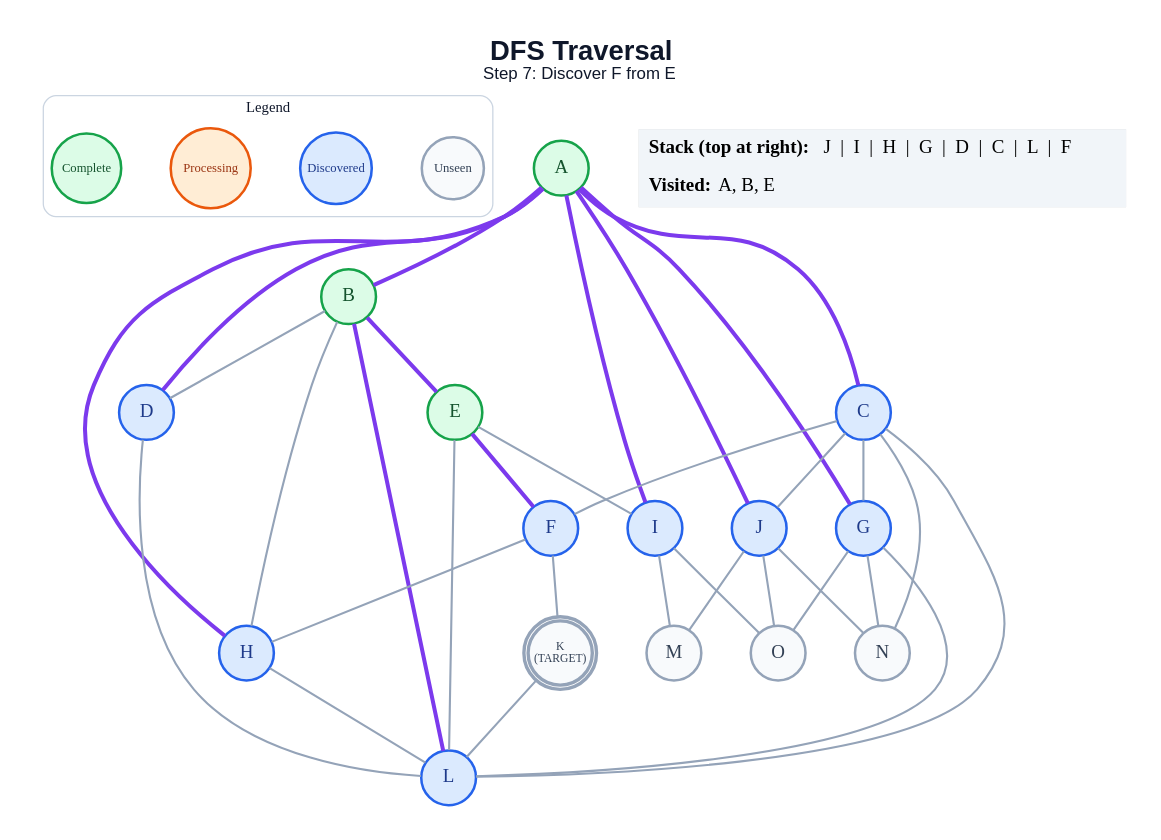
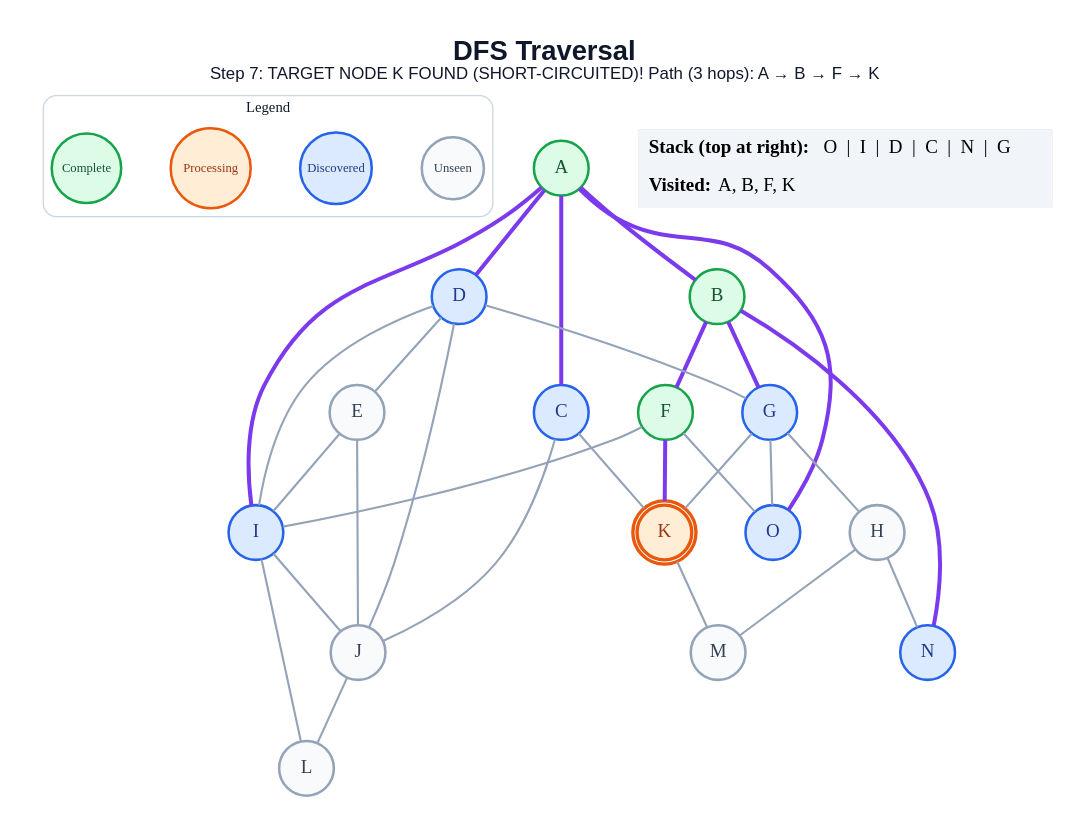
Before and after one commit to anon7238593-create/ai-slop: the diagram in generated/short-circuit/dfs/step_07.dot, drawn with Graphviz. The commit also changed 257 other files, not shown here.

```diff
--- a/generated/short-circuit/dfs/step_07.dot
+++ b/generated/short-circuit/dfs/step_07.dot
@@ -1,66 +1,62 @@
 graph traversal {
   graph [layout=dot, rankdir=TB, bgcolor="#FFFFFF", pad="0.35", nodesep="0.65", ranksep="0.8", fontname="Arial"];
   node [shape=circle, style="filled", fontname="Arial Bold", fontsize=18, width=0.72, fixedsize=true, penwidth=2.4];
   edge [color="#94A3B8", penwidth=2.0];
-  label=<<B>DFS Traversal</B><BR/><FONT POINT-SIZE="16">Step 7: Discover F from E</FONT>>; labelloc="t"; fontsize=26; fontname="Arial"; fontcolor="#0F172A";
+  label=<<B>DFS Traversal</B><BR/><FONT POINT-SIZE="16">Step 7: TARGET NODE K FOUND (SHORT-CIRCUITED)! Path (3 hops): A → B → F → K</FONT>>; labelloc="t"; fontsize=26; fontname="Arial"; fontcolor="#0F172A";
   subgraph cluster_legend { label="Legend"; color="#CBD5E1"; penwidth=1.2; style="rounded"; fontsize=14; fontname="Arial Bold";
     key_unseen [label="Unseen", fillcolor="#F8FAFC", color="#94A3B8", fontcolor="#334155", fontsize=12, width=0.82];
     key_frontier [label="Discovered", fillcolor="#DBEAFE", color="#2563EB", fontcolor="#1E3A8A", fontsize=12, width=0.95];
     key_current [label="Processing", fillcolor="#FFEDD5", color="#EA580C", fontcolor="#9A3412", fontsize=12, width=1.05];
     key_done [label="Complete", fillcolor="#DCFCE7", color="#16A34A", fontcolor="#14532D", fontsize=12, width=0.92];
     { rank=same; key_unseen; key_frontier; key_current; key_done; }
   }
   A [label="A", fillcolor="#DCFCE7", color="#16A34A", fontcolor="#14532D", peripheries=1, penwidth=2.4];
   B [label="B", fillcolor="#DCFCE7", color="#16A34A", fontcolor="#14532D", peripheries=1, penwidth=2.4];
   C [label="C", fillcolor="#DBEAFE", color="#2563EB", fontcolor="#1E3A8A", peripheries=1, penwidth=2.4];
   D [label="D", fillcolor="#DBEAFE", color="#2563EB", fontcolor="#1E3A8A", peripheries=1, penwidth=2.4];
-  E [label="E", fillcolor="#DCFCE7", color="#16A34A", fontcolor="#14532D", peripheries=1, penwidth=2.4];
-  F [label="F", fillcolor="#DBEAFE", color="#2563EB", fontcolor="#1E3A8A", peripheries=1, penwidth=2.4];
+  E [label="E", fillcolor="#F8FAFC", color="#94A3B8", fontcolor="#334155", peripheries=1, penwidth=2.4];
+  F [label="F", fillcolor="#DCFCE7", color="#16A34A", fontcolor="#14532D", peripheries=1, penwidth=2.4];
   G [label="G", fillcolor="#DBEAFE", color="#2563EB", fontcolor="#1E3A8A", peripheries=1, penwidth=2.4];
-  H [label="H", fillcolor="#DBEAFE", color="#2563EB", fontcolor="#1E3A8A", peripheries=1, penwidth=2.4];
+  H [label="H", fillcolor="#F8FAFC", color="#94A3B8", fontcolor="#334155", peripheries=1, penwidth=2.4];
   I [label="I", fillcolor="#DBEAFE", color="#2563EB", fontcolor="#1E3A8A", peripheries=1, penwidth=2.4];
-  J [label="J", fillcolor="#DBEAFE", color="#2563EB", fontcolor="#1E3A8A", peripheries=1, penwidth=2.4];
-  K [label="K\n(TARGET)", fillcolor="#F8FAFC", color="#94A3B8", fontcolor="#334155", peripheries=2, penwidth=3.2, fontsize=11, width=0.85, height=0.85];
-  L [label="L", fillcolor="#DBEAFE", color="#2563EB", fontcolor="#1E3A8A", peripheries=1, penwidth=2.4];
+  J [label="J", fillcolor="#F8FAFC", color="#94A3B8", fontcolor="#334155", peripheries=1, penwidth=2.4];
+  K [label="K", fillcolor="#FFEDD5", color="#EA580C", fontcolor="#9A3412", peripheries=2, penwidth=3.2];
+  L [label="L", fillcolor="#F8FAFC", color="#94A3B8", fontcolor="#334155", peripheries=1, penwidth=2.4];
   M [label="M", fillcolor="#F8FAFC", color="#94A3B8", fontcolor="#334155", peripheries=1, penwidth=2.4];
-  N [label="N", fillcolor="#F8FAFC", color="#94A3B8", fontcolor="#334155", peripheries=1, penwidth=2.4];
-  O [label="O", fillcolor="#F8FAFC", color="#94A3B8", fontcolor="#334155", peripheries=1, penwidth=2.4];
+  N [label="N", fillcolor="#DBEAFE", color="#2563EB", fontcolor="#1E3A8A", peripheries=1, penwidth=2.4];
+  O [label="O", fillcolor="#DBEAFE", color="#2563EB", fontcolor="#1E3A8A", peripheries=1, penwidth=2.4];
   A -- B [color="#7C3AED", penwidth=3.8];
   A -- C [color="#7C3AED", penwidth=3.8];
   A -- D [color="#7C3AED", penwidth=3.8];
-  A -- G [color="#7C3AED", penwidth=3.8];
-  A -- H [color="#7C3AED", penwidth=3.8];
   A -- I [color="#7C3AED", penwidth=3.8];
-  A -- J [color="#7C3AED", penwidth=3.8];
-  B -- D;
-  B -- E [color="#7C3AED", penwidth=3.8];
-  B -- H;
-  B -- L [color="#7C3AED", penwidth=3.8];
-  C -- F;
-  C -- G;
+  A -- O [color="#7C3AED", penwidth=3.8];
+  B -- F [color="#7C3AED", penwidth=3.8];
+  B -- G [color="#7C3AED", penwidth=3.8];
+  B -- N [color="#7C3AED", penwidth=3.8];
   C -- J;
-  C -- L;
-  C -- N;
-  D -- L;
-  E -- F [color="#7C3AED", penwidth=3.8];
+  C -- K;
+  D -- E;
+  D -- G;
+  D -- I;
+  D -- J;
   E -- I;
-  E -- L;
-  F -- H;
-  F -- K;
-  G -- L;
-  G -- N;
+  E -- J;
+  F -- I;
+  F -- K [color="#7C3AED", penwidth=3.8];
+  F -- O;
+  G -- H;
+  G -- K;
   G -- O;
-  H -- L;
-  I -- M;
-  I -- O;
-  J -- M;
-  J -- N;
-  J -- O;
-  K -- L;
+  H -- M;
+  H -- N;
+  I -- J;
+  I -- L;
+  J -- L;
+  K -- M;
   status [shape=plain, fixedsize=false, width=0, height=0, margin=0, label=<
     <TABLE BORDER="0" CELLBORDER="0" CELLPADDING="7" BGCOLOR="#F1F5F9">
-      <TR><TD ALIGN="LEFT"><B>Stack (top at right):</B> J  |  I  |  H  |  G  |  D  |  C  |  L  |  F</TD></TR>
-      <TR><TD ALIGN="LEFT"><B>Visited:</B> A, B, E</TD></TR>
+      <TR><TD ALIGN="LEFT"><B>Stack (top at right):</B> O  |  I  |  D  |  C  |  N  |  G</TD></TR>
+      <TR><TD ALIGN="LEFT"><B>Visited:</B> A, B, F, K</TD></TR>
     </TABLE>
   >];
 }
```
